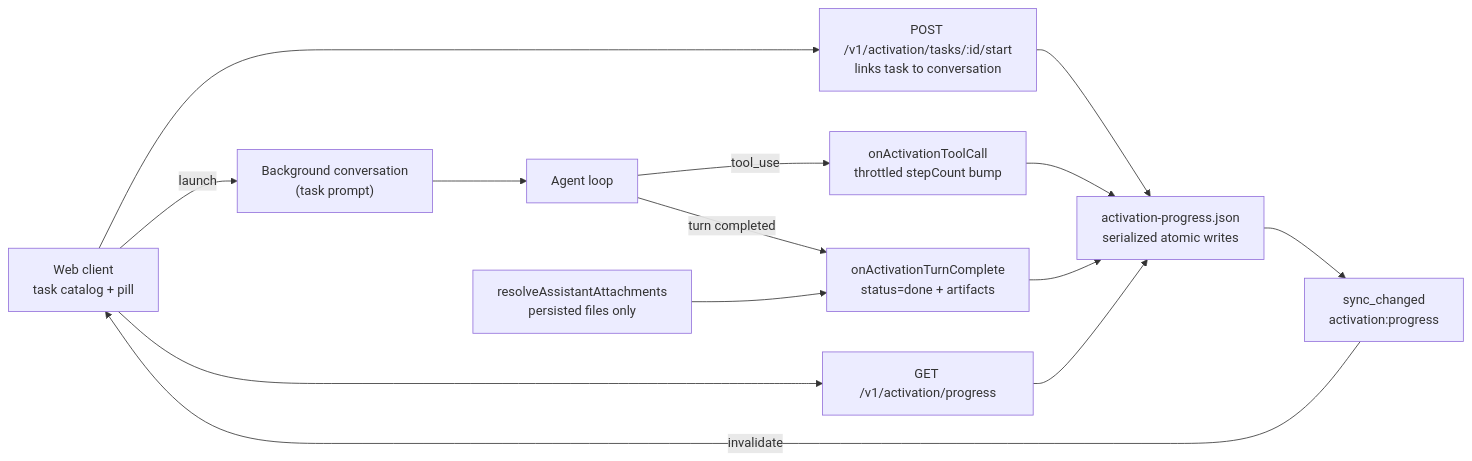
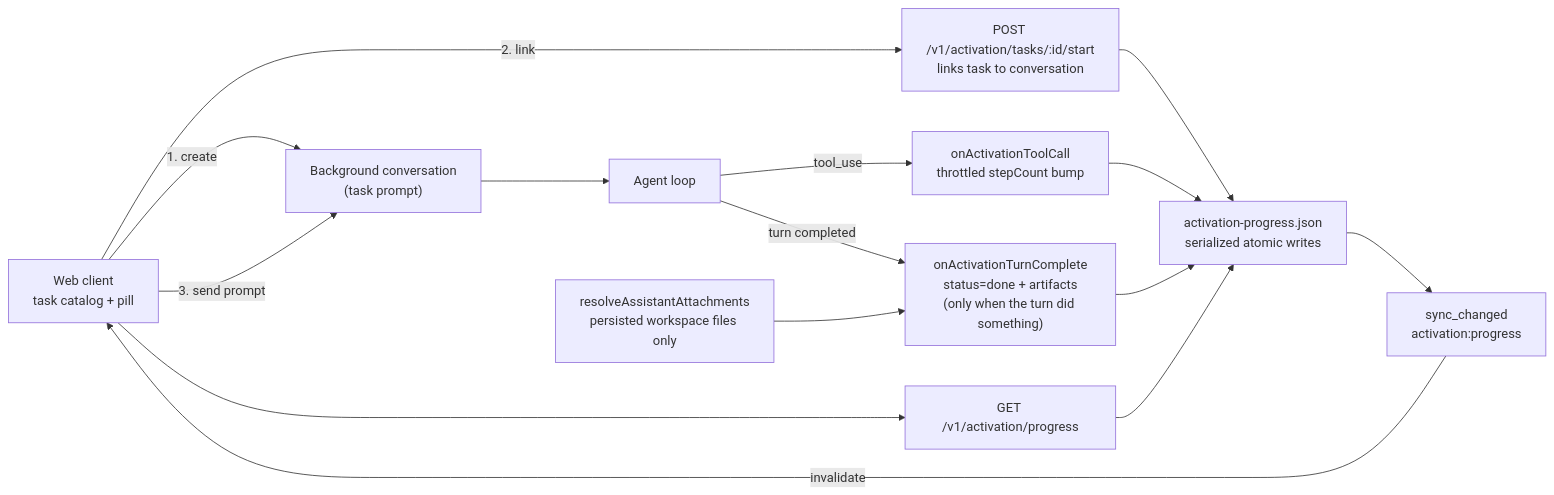
The fourth of 4 diagrams in ARCHITECTURE.md (vellum-ai/vellum-assistant), drawn with Mermaid before and after one commit. The commit also changed other lines of this file and 21 other files, not shown here.

````diff
--- a/ARCHITECTURE.md
+++ b/ARCHITECTURE.md
@@ -801,27 +803,28 @@
 ```mermaid
 graph LR
     CLIENT["Web client<br/>task catalog + pill"]
     CONV["Background conversation<br/>(task prompt)"]
     START["POST /v1/activation/tasks/:id/start<br/>links task to conversation"]
     LOOP["Agent loop"]
     TOOL["onActivationToolCall<br/>throttled stepCount bump"]
-    DONE["onActivationTurnComplete<br/>status=done + artifacts"]
-    ATT["resolveAssistantAttachments<br/>persisted files only"]
+    DONE["onActivationTurnComplete<br/>status=done + artifacts<br/>(only when the turn did something)"]
+    ATT["resolveAssistantAttachments<br/>persisted workspace files only"]
     STORE["activation-progress.json<br/>serialized atomic writes"]
     SYNC["sync_changed<br/>activation:progress"]
     GET["GET /v1/activation/progress"]
 
-    CLIENT -->|"launch"| CONV
-    CLIENT --> START
+    CLIENT -->|"1. create"| CONV
+    CLIENT -->|"2. link"| START
+    CLIENT -->|"3. send prompt"| CONV
     CONV --> LOOP
     START --> STORE
     LOOP -->|"tool_use"| TOOL
     LOOP -->|"turn completed"| DONE
     ATT --> DONE
     TOOL --> STORE
     DONE --> STORE
     STORE --> SYNC
     SYNC -->|"invalidate"| CLIENT
     CLIENT --> GET
     GET --> STORE
 ```
````
